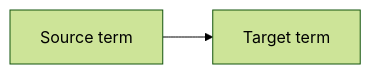
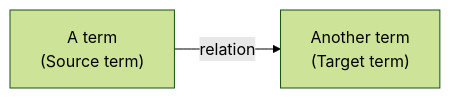
The second of 2 diagrams in src/Ontology.NET/README.md (CSBiology/Ontology.NET), drawn with Mermaid (forest theme) before and after one commit. The commit also changed 2 other files, not shown here.

Commit message:
Add Readme for OBO functionality

````diff
--- a/src/Ontology.NET/README.md
+++ b/src/Ontology.NET/README.md
@@ -14,5 +14,5 @@
 ```mermaid
 flowchart LR
 
-t1["Source term"] --> t2["Target term"]
+t1["A term<br>(Source term)"] -->|relation| t2["Another term<br>(Target term)"]
 ```
````
